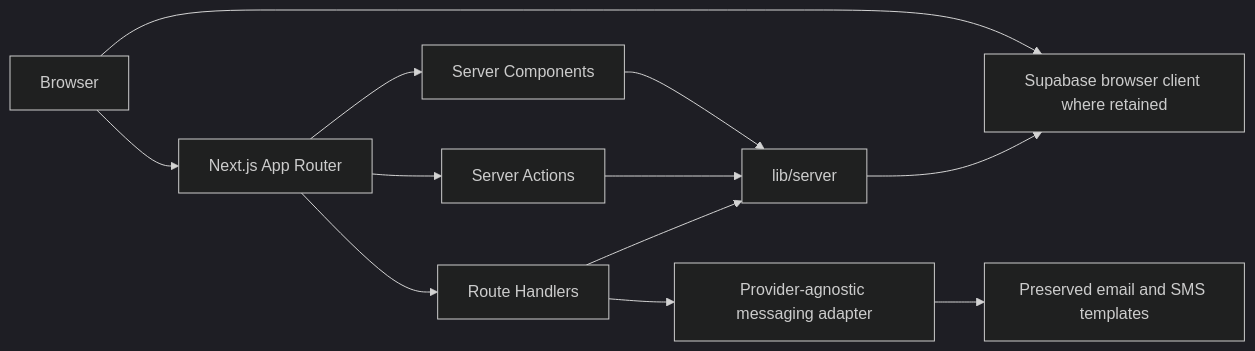
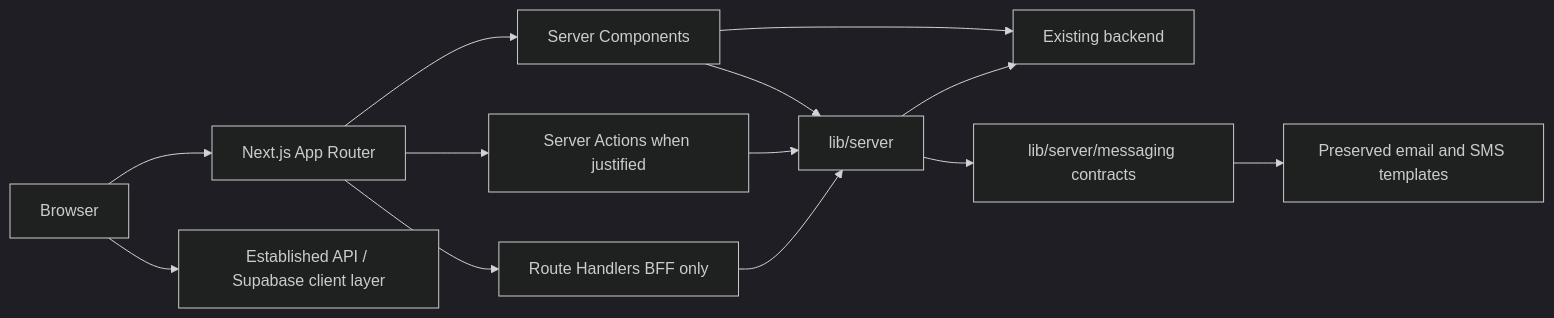
One commit to Ali-sherif/loyollo-web changed the second of 2 diagrams in docs/frontend/README.md. Above: the diagram before and after it, drawn with Mermaid (dark theme). The commit also changed other lines of this file and 15 other files, not shown here.

````diff
--- a/docs/frontend/README.md
+++ b/docs/frontend/README.md
@@ -16,14 +27,15 @@
 ```mermaid
 flowchart LR
   Browser --> Next[Next.js App Router]
   Next --> RSC[Server Components]
-  Next --> Actions[Server Actions]
-  Next --> Handlers[Route Handlers]
-  Browser --> Supabase[Supabase browser client where retained]
+  Next --> Actions[Server Actions when justified]
+  Next --> Handlers[Route Handlers BFF only]
+  Browser --> API[Established API / Supabase client layer]
+  RSC --> Backend[Existing backend]
   RSC --> ServerLib[lib/server]
   Actions --> ServerLib
   Handlers --> ServerLib
-  ServerLib --> Supabase
-  Handlers --> Messaging[Provider-agnostic messaging adapter]
+  ServerLib --> Backend
+  ServerLib --> Messaging[lib/server/messaging contracts]
   Messaging --> Templates[Preserved email and SMS templates]
 ```
````
